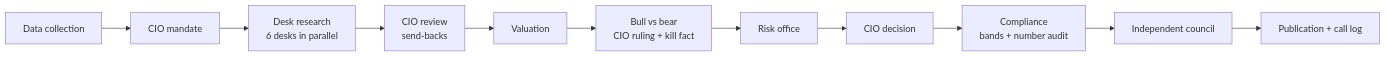
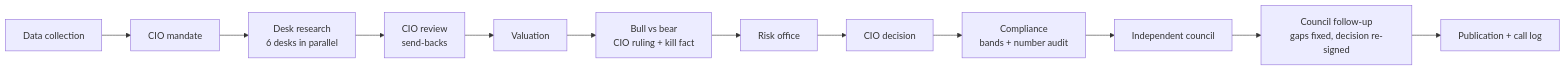
Before and after one commit to adivseth/AlaDeen-Capital-Research: the diagram in README.md, drawn with Mermaid. The commit also changed other lines of this file and 17 other files, not shown here.

First line of the commit message:
Research brief, wider desk coverage, council follow-up and /deep-dive

````diff
--- a/README.md
+++ b/README.md
@@ -105,7 +105,7 @@
 ```mermaid
 flowchart LR
     A[Data collection] --> B[CIO mandate] --> C[Desk research<br/>6 desks in parallel]
     C --> D[CIO review<br/>send-backs] --> E[Valuation] --> F[Bull vs bear<br/>CIO ruling + kill fact]
     F --> G[Risk office] --> H[CIO decision] --> I[Compliance<br/>bands + number audit]
-    I --> J[Independent council] --> K[Publication + call log]
+    I --> J[Independent council] --> L[Council follow-up<br/>gaps fixed, decision re-signed] --> K[Publication + call log]
 ```
````
